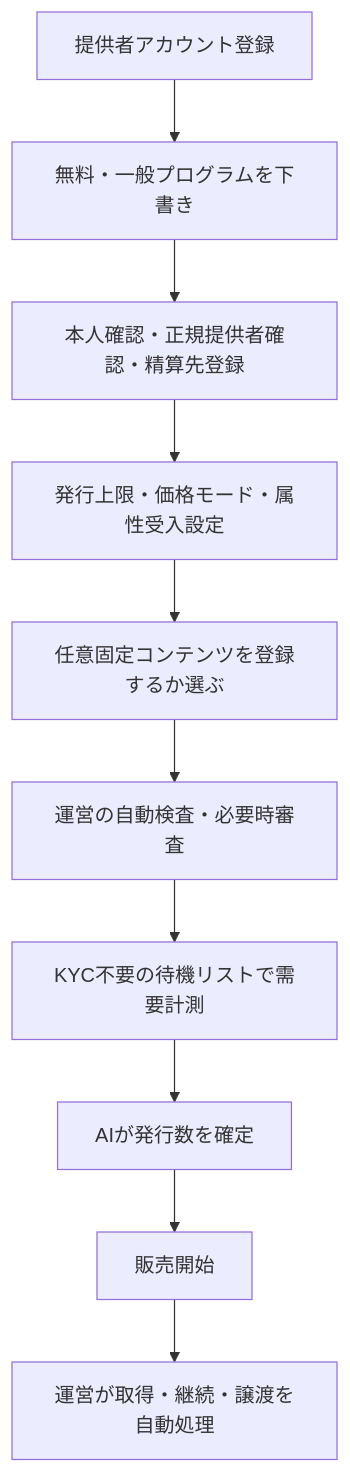
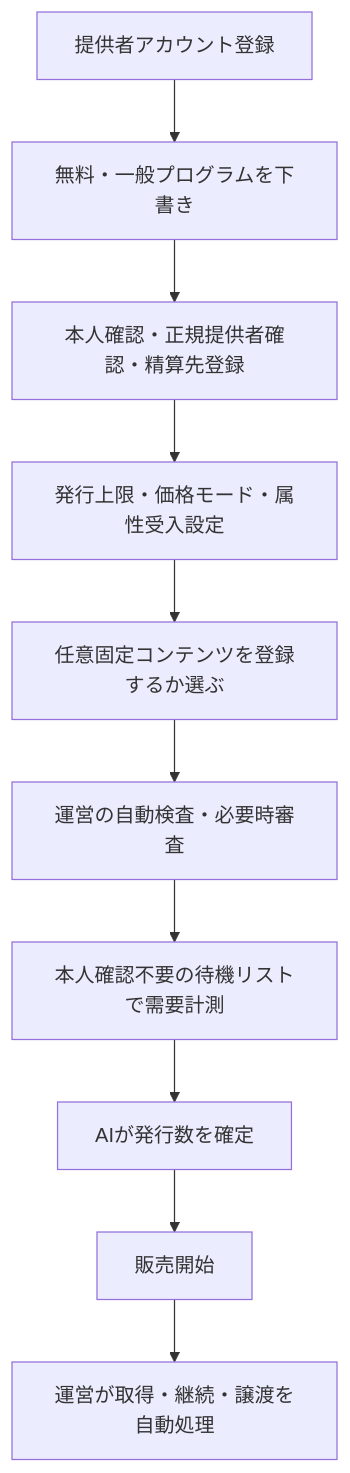
Before and after one commit to odokura/odokura-hp: the diagram in docs/apps/XXGGLL/concept/general/creator-general.md, drawn with Mermaid. The commit also changed other lines of this file and 24 other files, not shown here.

````diff
--- a/docs/apps/XXGGLL/concept/general/creator-general.md
+++ b/docs/apps/XXGGLL/concept/general/creator-general.md
@@ -23,12 +23,12 @@
 ```mermaid
 flowchart TB
     register[提供者アカウント登録] --> draft[無料・一般プログラムを下書き]
     draft --> verify[本人確認・正規提供者確認・精算先登録]
     verify --> setup[発行上限・価格モード・属性受入設定]
     setup --> optional[任意固定コンテンツを登録するか選ぶ]
     optional --> review[運営の自動検査・必要時審査]
-    review --> demand[KYC不要の待機リストで需要計測]
+    review --> demand[本人確認不要の待機リストで需要計測]
     demand --> issue[AIが発行数を確定]
     issue --> publish[販売開始]
     publish --> operate[運営が取得・継続・譲渡を自動処理]
 ```
````
